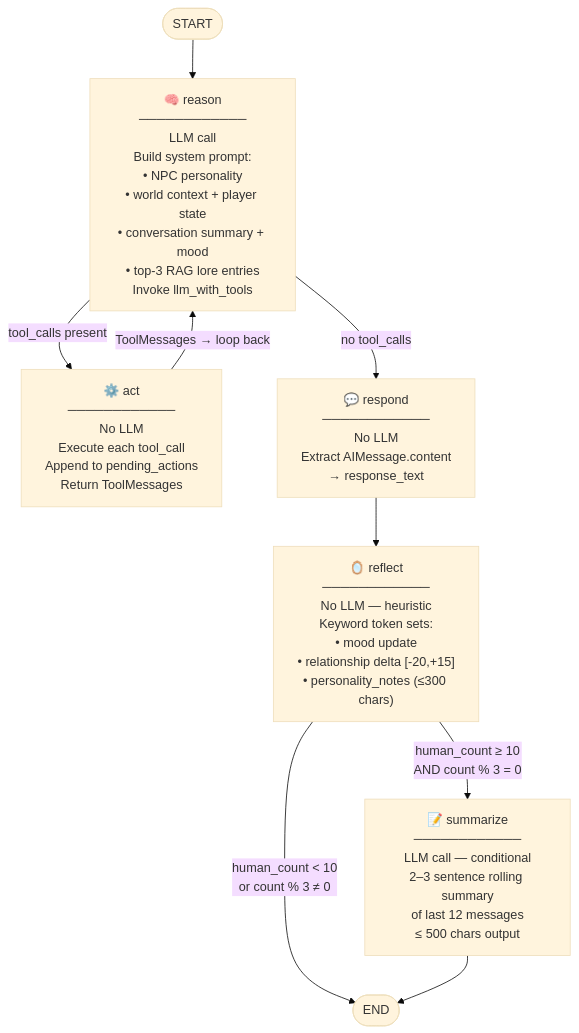
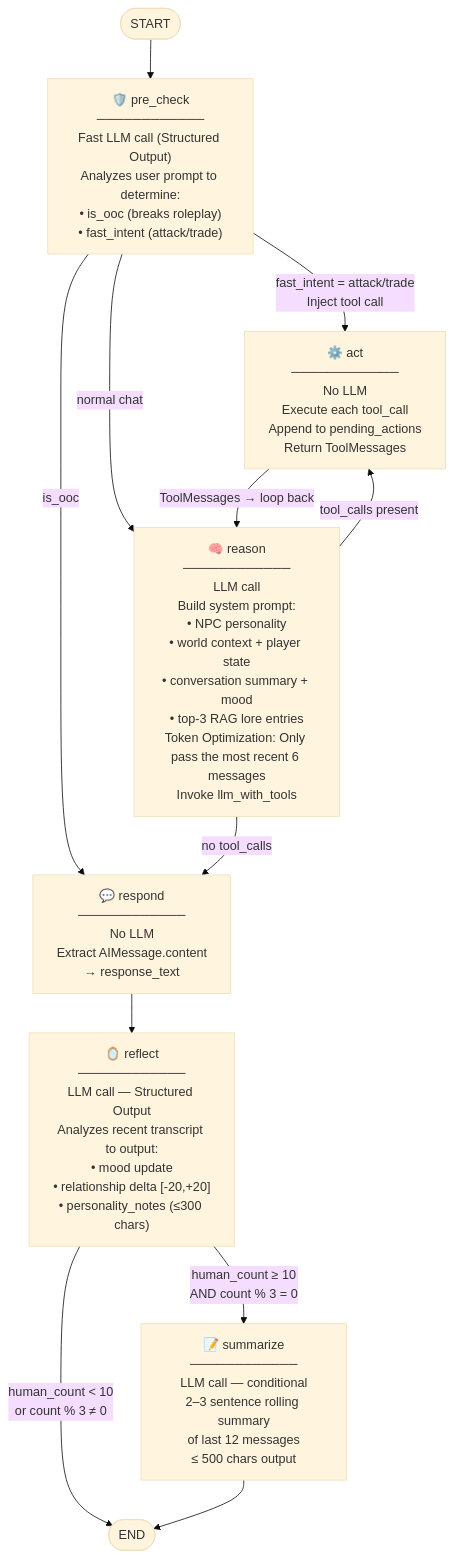
The fourth of 8 diagrams in server/ARCHITECTURE.md (Zaexv/world-of-prompcraft), drawn with Mermaid (base theme) before and after one commit. The commit also changed other lines of this file and 136 other files, not shown here.

````diff
--- a/server/ARCHITECTURE.md
+++ b/server/ARCHITECTURE.md
@@ -109,24 +114,30 @@
 ```mermaid
 flowchart TD
-    START([START]) --> reason
+    START([START]) --> pre_check
 
-    reason["🧠 reason\n────────────\nLLM call\nBuild system prompt:\n• NPC personality\n• world context + player state\n• conversation summary + mood\n• top-3 RAG lore entries\nInvoke llm_with_tools"]
+    pre_check["🛡️ pre_check\n────────────\nFast LLM call (Structured Output)\nAnalyzes user prompt to determine:\n• is_ooc (breaks roleplay)\n• fast_intent (attack/trade)"]
+
+    reason["🧠 reason\n────────────\nLLM call\nBuild system prompt:\n• NPC personality\n• world context + player state\n• conversation summary + mood\n• top-3 RAG lore entries\nToken Optimization: Only pass the most recent 6 messages\nInvoke llm_with_tools"]
 
     act["⚙️ act\n────────────\nNo LLM\nExecute each tool_call\nAppend to pending_actions\nReturn ToolMessages"]
 
     respond["💬 respond\n────────────\nNo LLM\nExtract AIMessage.content\n→ response_text"]
 
-    reflect["🪞 reflect\n────────────\nNo LLM — heuristic\nKeyword token sets:\n• mood update\n• relationship delta [-20,+15]\n• personality_notes (≤300 chars)"]
+    reflect["🪞 reflect\n────────────\nLLM call — Structured Output\nAnalyzes recent transcript to output:\n• mood update\n• relationship delta [-20,+20]\n• personality_notes (≤300 chars)"]
 
     summarize["📝 summarize\n────────────\nLLM call — conditional\n2–3 sentence rolling summary\nof last 12 messages\n≤ 500 chars output"]
 
     END([END])
+
+    pre_check -->|"is_ooc"| respond
+    pre_check -->|"fast_intent = attack/trade\nInject tool call"| act
+    pre_check -->|"normal chat"| reason
 
     reason -->|"tool_calls present"| act
     act -->|"ToolMessages → loop back"| reason
     reason -->|"no tool_calls"| respond
     respond --> reflect
     reflect -->|"human_count < 10\nor count % 3 ≠ 0"| END
     reflect -->|"human_count ≥ 10\nAND count % 3 = 0"| summarize
     summarize --> END
 ```
````
